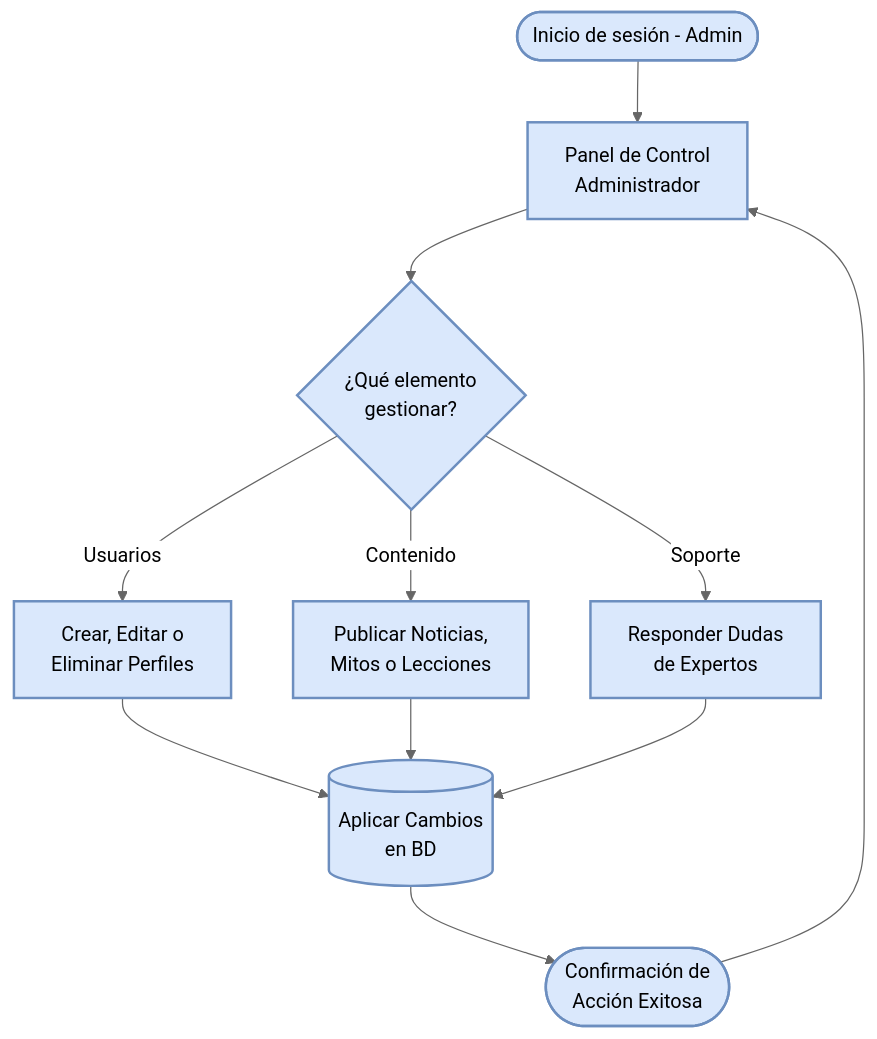
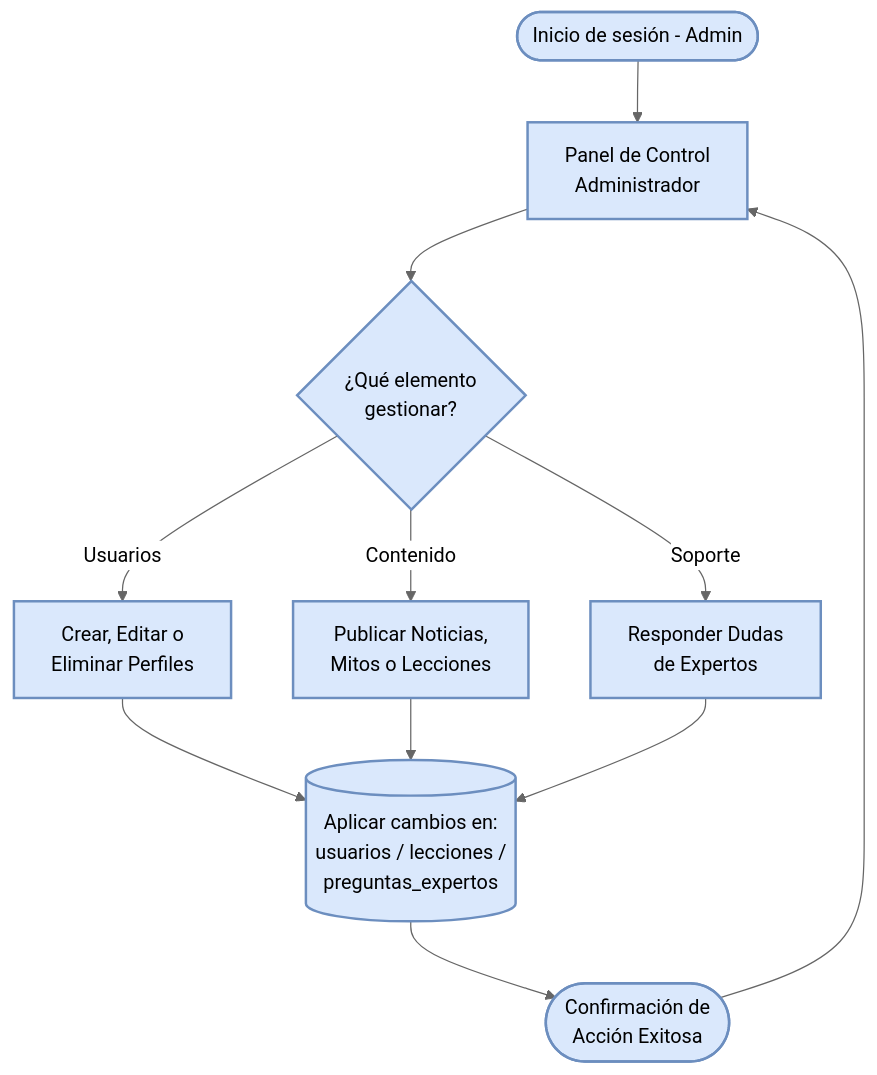
Before and after one commit to ManuelZunigaDev/debihaby: the diagram in docs/dfd_08_panel_admin.md, drawn with Mermaid (neutral theme). The commit also changed 9 other files, not shown here.

Commit message:
docs: DFD and diagrams, and structure BD V2

````diff
--- a/docs/dfd_08_panel_admin.md
+++ b/docs/dfd_08_panel_admin.md
@@ -5,16 +5,16 @@
 ```mermaid
 flowchart TD
     Inicio([Inicio de sesión - Admin]) --> Dashboard[Panel de Control <br> Administrador]
     Dashboard --> Accion{¿Qué elemento <br> gestionar?}
     Accion -- Usuarios --> GestionU[Crear, Editar o <br> Eliminar Perfiles]
     Accion -- Contenido --> GestionC[Publicar Noticias, <br> Mitos o Lecciones]
     Accion -- Soporte --> GestionS[Responder Dudas <br> de Expertos]
-    GestionU --> ModificarBD[(Aplicar Cambios <br> en BD)]
+    GestionU --> ModificarBD[(Aplicar cambios en: <br> usuarios / lecciones / <br> preguntas_expertos)]
     GestionC --> ModificarBD
     GestionS --> ModificarBD
     ModificarBD --> Exito([Confirmación de <br> Acción Exitosa])
     Exito --> Dashboard
 
     %% Estilo general tipo Visio/DIA
     classDef default fill:#dae8fc,stroke:#6c8ebf,stroke-width:2px,color:#000;
 ```
````
